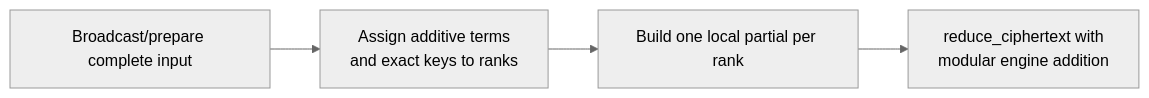
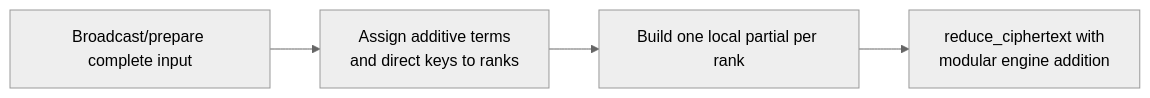
One commit to visualDust/fhelium changed the third of 3 diagrams in docs/how-to/choose-multi-gpu-partition.md. Above: the diagram before and after it, drawn with Mermaid (neutral theme). The commit also changed 222 other files, not shown here.

````diff
--- a/docs/how-to/choose-multi-gpu-partition.md
+++ b/docs/how-to/choose-multi-gpu-partition.md
@@ -76,9 +76,9 @@
 ```mermaid
 flowchart LR
     INPUT[Broadcast/prepare complete input]
-    ASSIGN[Assign additive terms<br/>and exact keys to ranks]
+    ASSIGN[Assign additive terms<br/>and direct keys to ranks]
     PARTIAL[Build one local partial per rank]
     REDUCE[reduce_ciphertext with<br/>modular engine addition]
 
     INPUT --> ASSIGN --> PARTIAL --> REDUCE
 ```
````
